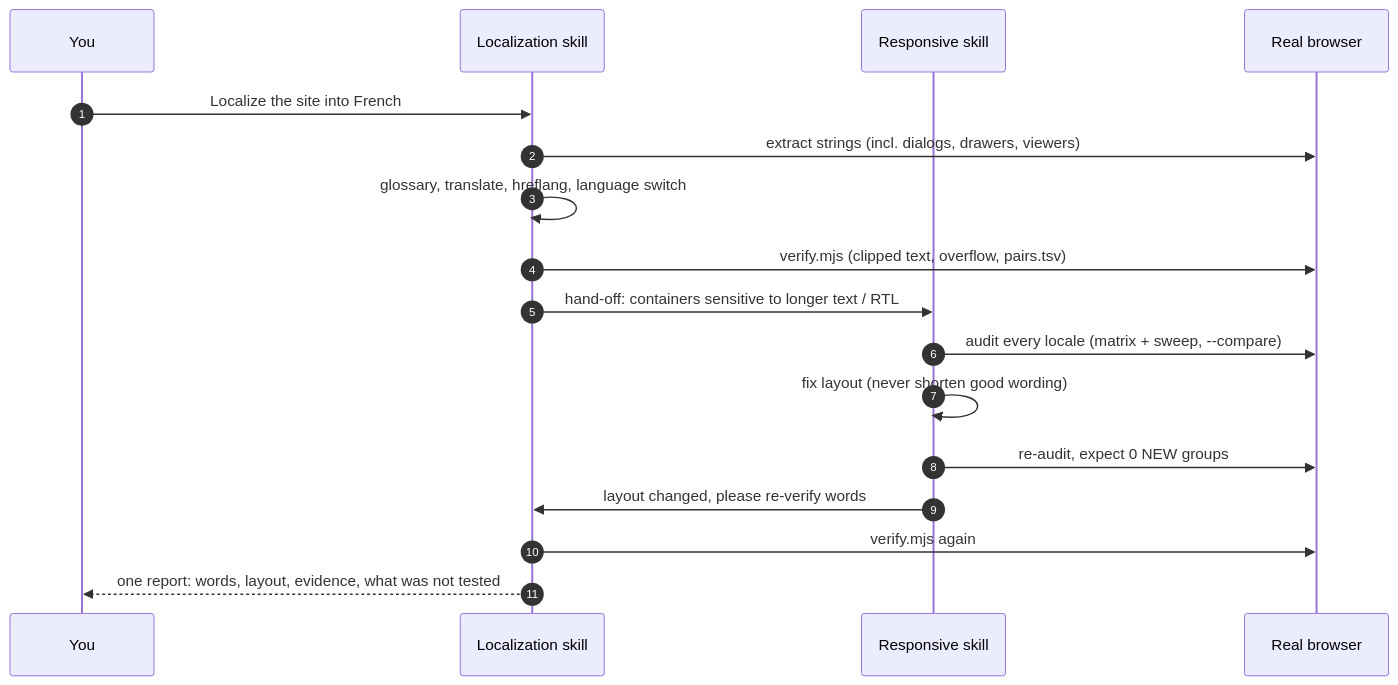
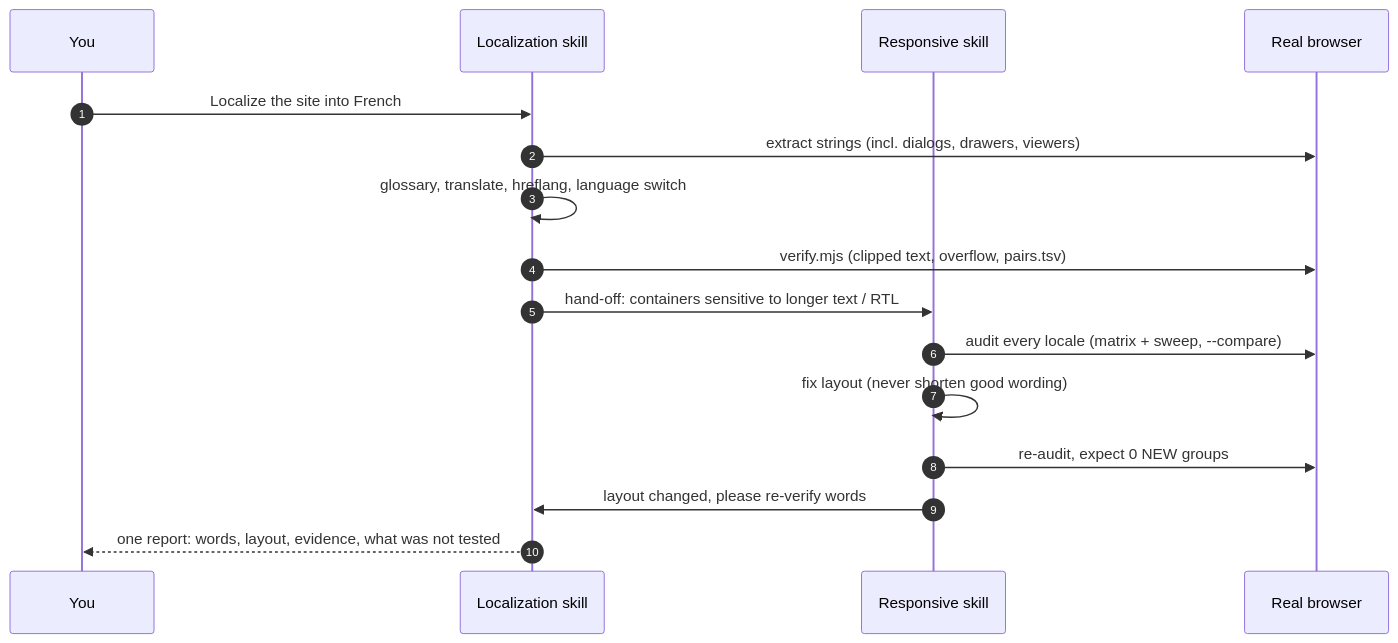
Before and after one commit to MONTASSAR2001/skill-lang-responsive: the fourth of 4 diagrams in README.md, drawn with Mermaid. The commit also changed other lines of this file and 101 other files, not shown here.

````diff
--- a/README.md
+++ b/README.md
@@ -129,19 +159,18 @@
 ```mermaid
 sequenceDiagram
   autonumber
   participant You
   participant L as Localization skill
   participant R as Responsive skill
   participant B as Real browser
   You->>L: Localize the site into French
   L->>B: extract strings (incl. dialogs, drawers, viewers)
   L->>L: glossary, translate, hreflang, language switch
   L->>B: verify.mjs (clipped text, overflow, pairs.tsv)
   L->>R: hand-off: containers sensitive to longer text / RTL
   R->>B: audit every locale (matrix + sweep, --compare)
   R->>R: fix layout (never shorten good wording)
   R->>B: re-audit, expect 0 NEW groups
   R->>L: layout changed, please re-verify words
-  L->>B: verify.mjs again
   L-->>You: one report: words, layout, evidence, what was not tested
 ```
````
